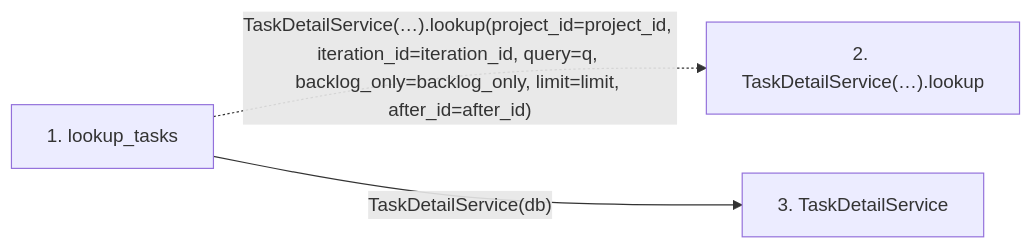
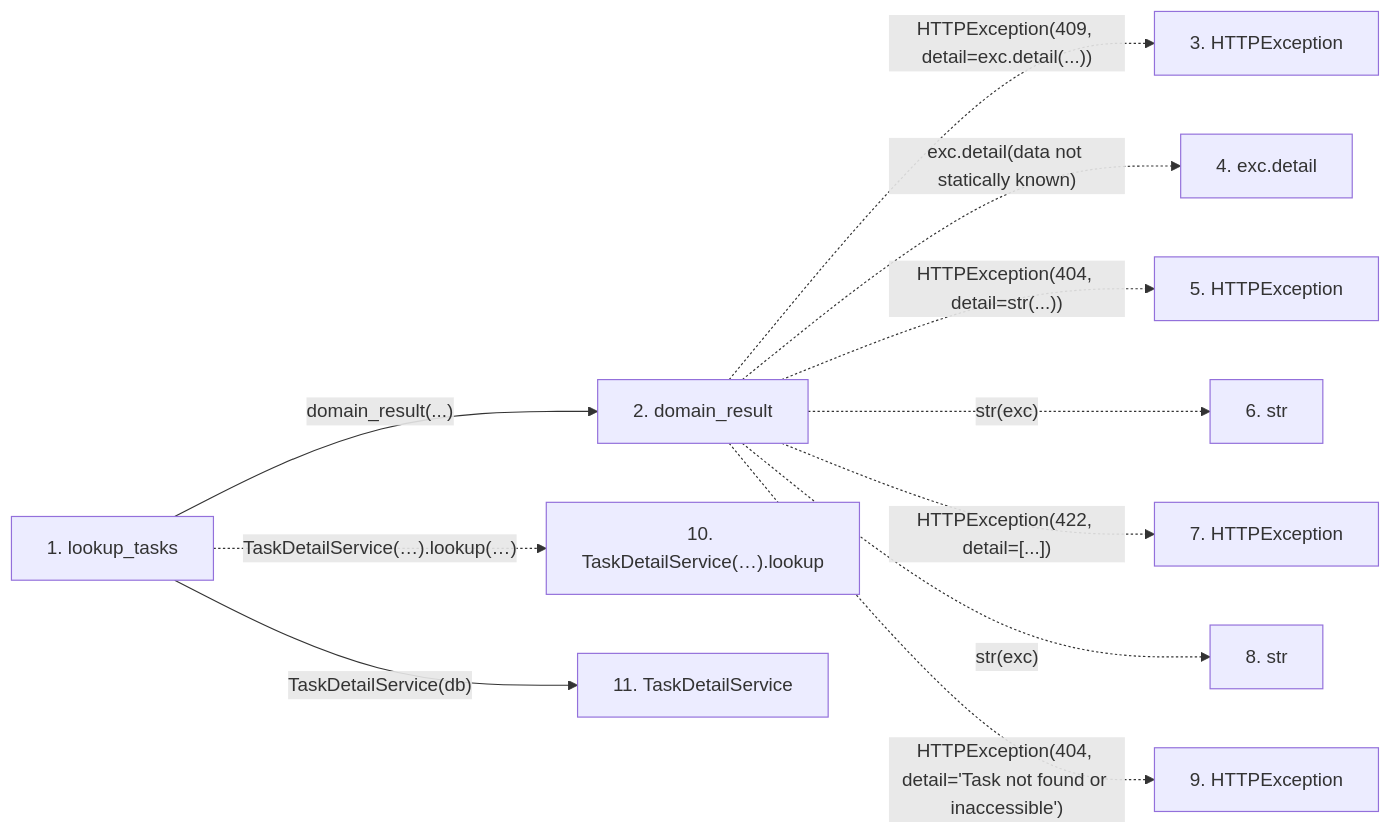
One commit to Denissvgn/WorkChord changed the second of 2 diagrams in docs/llm_wiki/flows/http-lookup_tasks.md. Above: the diagram before and after it, drawn with Mermaid. The commit also changed other lines of this file and 2509 other files, not shown here.

````diff
--- a/docs/llm_wiki/flows/http-lookup_tasks.md
+++ b/docs/llm_wiki/flows/http-lookup_tasks.md
@@ -22,10 +34,27 @@
 ```mermaid
 flowchart LR
     s1["1. lookup_tasks"]
-    s2["2. TaskDetailService(…).lookup"]
-    s3["3. TaskDetailService"]
-    s1 -. "TaskDetailService(…).lookup(project_id=project_id, iteration_id=iteration_id, query=q, backlog_only=backlog_only, limit=limit, after_id=after_id)" .-> s2
-    s1 -->|"TaskDetailService(db)"| s3
+    s2["2. domain_result"]
+    s3["3. HTTPException"]
+    s4["4. exc.detail"]
+    s5["5. HTTPException"]
+    s6["6. str"]
+    s7["7. HTTPException"]
+    s8["8. str"]
+    s9["9. HTTPException"]
+    s10["10. TaskDetailService(…).lookup"]
+    s11["11. TaskDetailService"]
+    s1 -->|"domain_result(...)"| s2
+    s2 -. "HTTPException(409, detail=exc.detail(...))" .-> s3
+    s2 -. "exc.detail(data not statically known)" .-> s4
+    s2 -. "HTTPException(404, detail=str(...))" .-> s5
+    s2 -. "str(exc)" .-> s6
+    s2 -. "HTTPException(422, detail=[...])" .-> s7
+    s2 -. "str(exc)" .-> s8
+    s2 -. "HTTPException(404, detail='Task not found or inaccessible')" .-> s9
+    s1 -. "TaskDetailService(…).lookup(…)" .-> s10
+    s1 -->|"TaskDetailService(db)"| s11
     click s1 "../modules/routers_task_domain.md"
-    click s3 "../modules/task_detail_service.md"
+    click s2 "../modules/routers_task_domain.md"
+    click s11 "../modules/task_detail_service.md"
 ```
````
